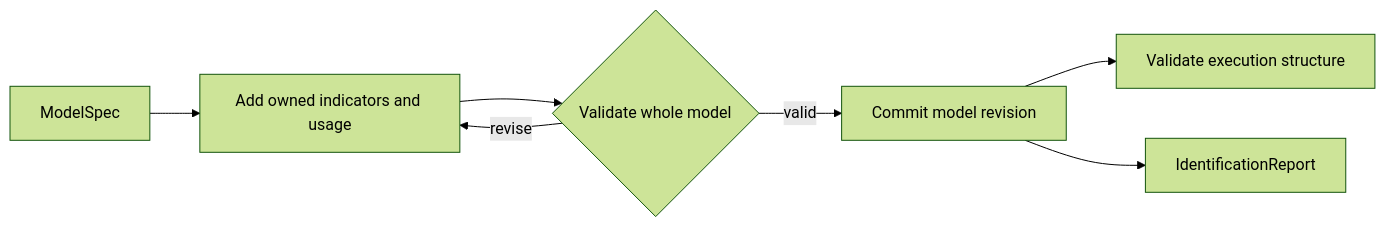
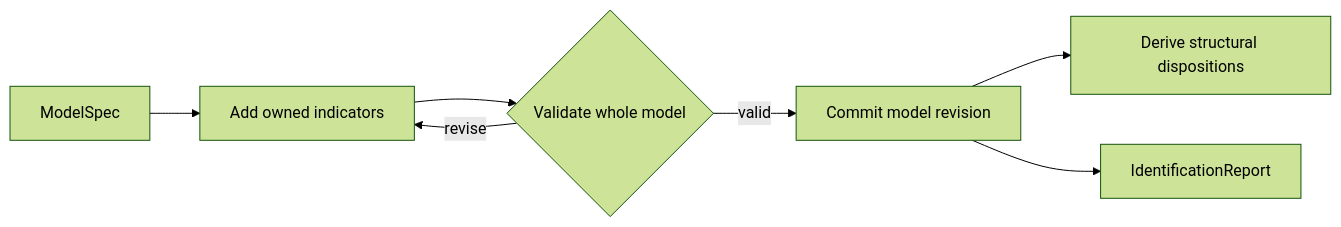
One commit to ma9o/nof1-causal-lab changed the diagram in docs/pipeline/measurement-structure.md. Above: the diagram before and after it, drawn with Mermaid (forest theme). The commit also changed other lines of this file and 39 other files, not shown here.

````diff
--- a/docs/pipeline/measurement-structure.md
+++ b/docs/pipeline/measurement-structure.md
@@ -23,9 +22,9 @@
 ```mermaid
 flowchart LR
-    M[ModelSpec] --> P[Add owned indicators and usage]
+    M[ModelSpec] --> P[Add owned indicators]
     P --> V{Validate whole model}
     V -- revise --> P
     V -- valid --> R[Commit model revision]
-    R --> S[Validate execution structure]
+    R --> S[Derive structural dispositions]
     R --> I[IdentificationReport]
 ```
````
